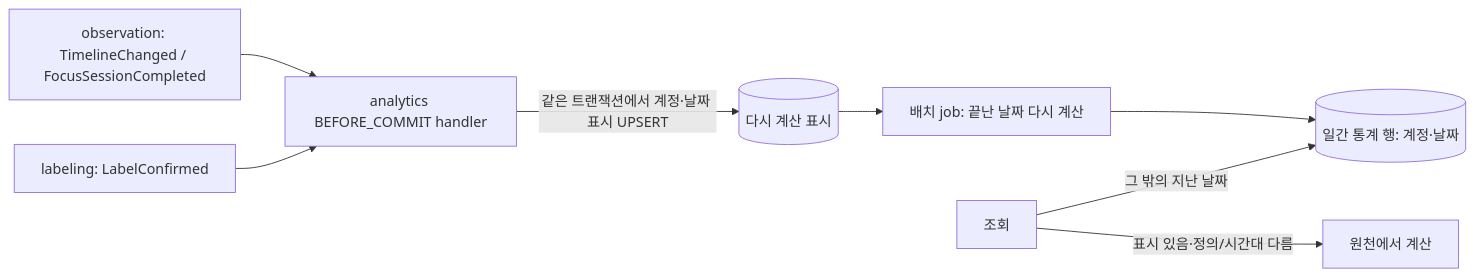
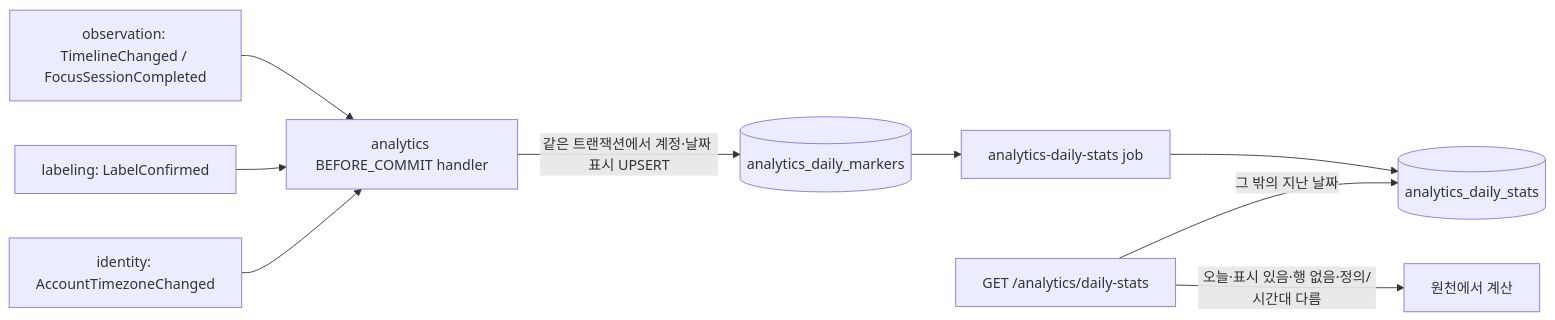
Before and after one commit to jolvy/mosemo: the diagram in openwiki/domain/activity-analytics.md, drawn with Mermaid. The commit also changed other lines of this file and 21 other files, not shown here.

````diff
--- a/openwiki/domain/activity-analytics.md
+++ b/openwiki/domain/activity-analytics.md
@@ -47,10 +63,11 @@
 ```mermaid
 flowchart LR
   O[observation: TimelineChanged / FocusSessionCompleted] --> H[analytics BEFORE_COMMIT handler]
   L[labeling: LabelConfirmed] --> H
-  H -->|같은 트랜잭션에서 계정·날짜 표시 UPSERT| M[(다시 계산 표시)]
-  M --> B[배치 job: 끝난 날짜 다시 계산]
-  B --> S[(일간 통계 행: 계정·날짜)]
-  Q[조회] -->|표시 있음·정의/시간대 다름| C[원천에서 계산]
+  I[identity: AccountTimezoneChanged] --> H
+  H -->|같은 트랜잭션에서 계정·날짜 표시 UPSERT| M[(analytics_daily_markers)]
+  M --> B[analytics-daily-stats job]
+  B --> S[(analytics_daily_stats)]
+  Q[GET /analytics/daily-stats] -->|오늘·표시 있음·행 없음·정의/시간대 다름| C[원천에서 계산]
   Q -->|그 밖의 지난 날짜| S
 ```
````
